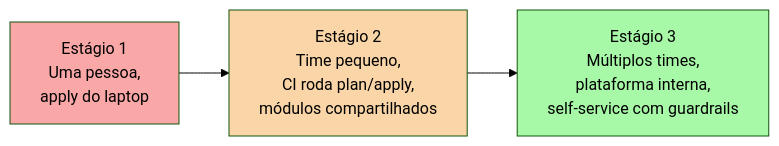
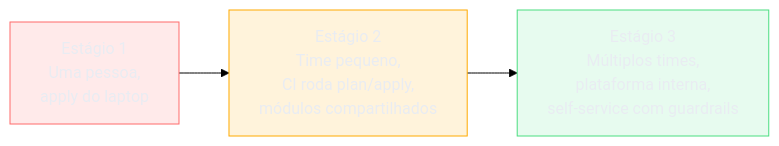
The second of 4 diagrams in 03-Dominios/Tecnologia/Cloud/16 - Infrastructure as Code/06 - Escolher e operar IaC (capstone).md (josenaldo/codex-technomanticus), drawn with Mermaid (forest theme) before and after one commit. The commit also changed other lines of this file and 1181 other files, not shown here.

First line of the commit message:
fix(diagramas): paleta do sistema no lugar de cor cravada no markdown

````diff
--- a/03-Dominios/Tecnologia/Cloud/16 - Infrastructure as Code/06 - Escolher e operar IaC (capstone).md
+++ b/03-Dominios/Tecnologia/Cloud/16 - Infrastructure as Code/06 - Escolher e operar IaC (capstone).md
@@ -102,9 +105,12 @@
 ```mermaid
 flowchart LR
+    classDef falha fill:#FF6B6B24,stroke:#FF6B6B,color:#E9ECF2
+    classDef destaque fill:#FFAA0024,stroke:#FFAA00,color:#E9ECF2
+    classDef ok fill:#4ADE8021,stroke:#4ADE80,color:#E9ECF2
     S1["Estágio 1\nUma pessoa,\napply do laptop"] --> S2["Estágio 2\nTime pequeno,\nCI roda plan/apply,\nmódulos compartilhados"]
     S2 --> S3["Estágio 3\nMúltiplos times,\nplataforma interna,\nself-service com guardrails"]
 
-    style S1 fill:#f9a7a7
-    style S2 fill:#f9d5a7
-    style S3 fill:#a7f9a7
+    class S1 falha
+    class S2 destaque
+    class S3 ok
 ```
````
